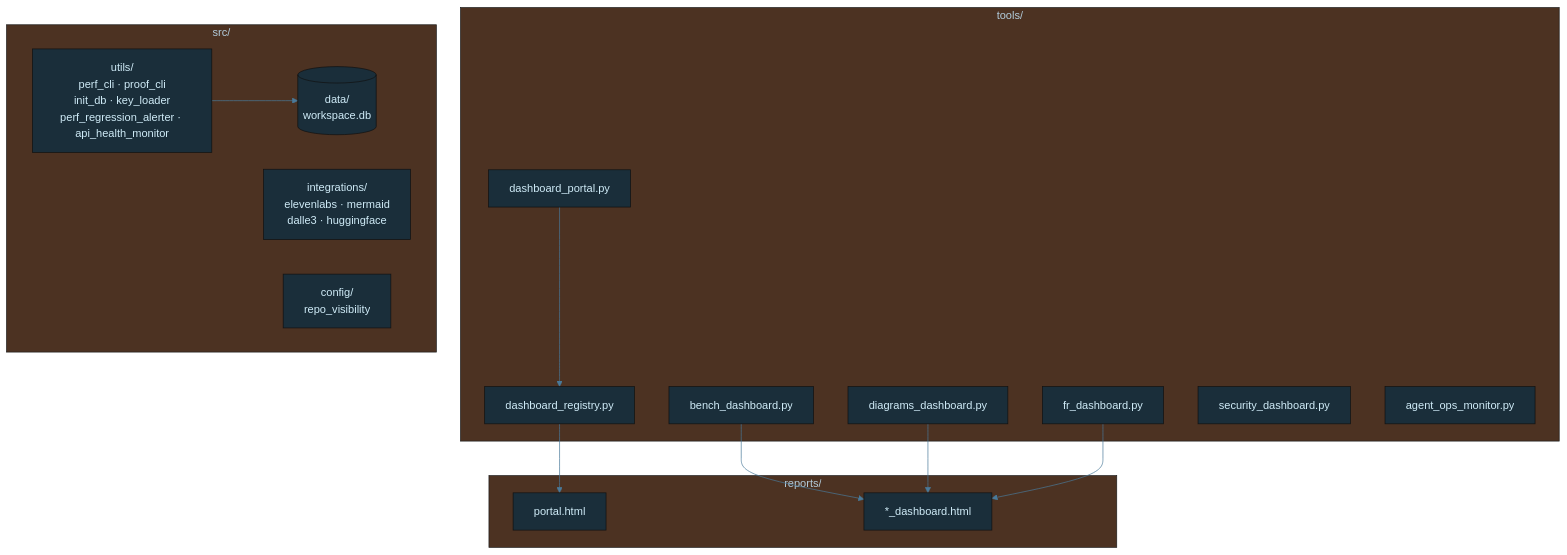
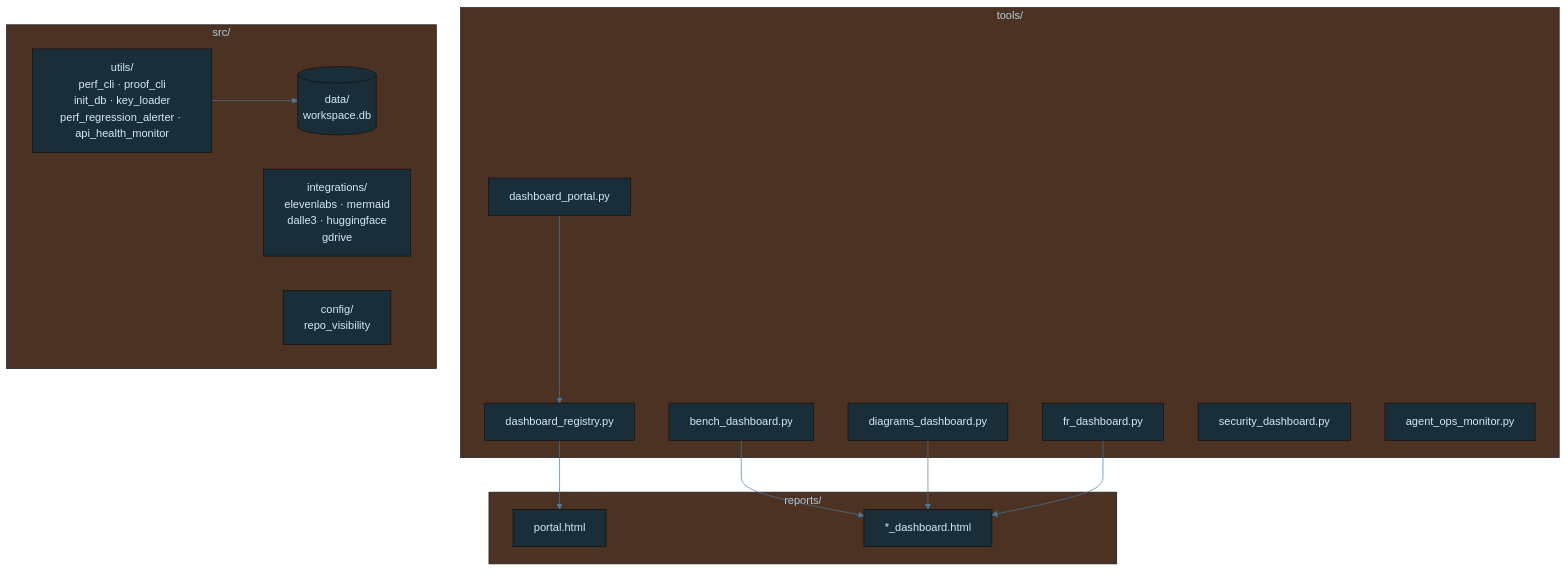
One commit to tylerdrakemusic/-Workspace changed the diagram in diagrams/workspace-architecture-detail.mmd. Above: the diagram before and after it, drawn with Mermaid. The commit also changed 4 other files, not shown here.

Commit message:
docs(FR-20260530-gdrive-integration): update 5 stale architecture diagrams (gdrive integration)

```diff
--- a/diagrams/workspace-architecture-detail.mmd
+++ b/diagrams/workspace-architecture-detail.mmd
@@ -1,40 +1,40 @@
 %%{init: {'theme': 'base', 'themeVariables': {'primaryColor': '#1a2e3a', 'primaryTextColor': '#d0ecf8', 'edgeLabelBackground': '#0f1318', 'lineColor': '#4a7a9a'}}}%%
 graph TB
     subgraph Tools["tools/"]
         Portal[dashboard_portal.py]
         Registry[dashboard_registry.py]
         Bench[bench_dashboard.py]
         Diagrams[diagrams_dashboard.py]
         FR[fr_dashboard.py]
         Sec[security_dashboard.py]
         Ops[agent_ops_monitor.py]
     end
     subgraph Src["src/"]
         Utils[utils/<br/>perf_cli · proof_cli<br/>init_db · key_loader<br/>perf_regression_alerter · api_health_monitor]
-        Integrations[integrations/<br/>elevenlabs · mermaid<br/>dalle3 · huggingface]
+        Integrations[integrations/<br/>elevenlabs · mermaid<br/>dalle3 · huggingface<br/>gdrive]
         Config[config/<br/>repo_visibility]
         Data[(data/<br/>workspace.db)]
     end
     subgraph Reports["reports/"]
         PortalHtml[portal.html]
         Dashes[*_dashboard.html]
     end
     Portal --> Registry
     Registry --> PortalHtml
     Bench --> Dashes
     Diagrams --> Dashes
     FR --> Dashes
     Utils --> Data
     class Tools tool
     class Src src
     class Reports out
 
 classDef life     fill:#1a2e3a,stroke:#6ab4d4,color:#d0ecf8
 classDef music    fill:#3a1a24,stroke:#d47a8f,color:#f8d0dc
 classDef quantum  fill:#251a3a,stroke:#a07adf,color:#e8d0f8
 classDef manifest fill:#3a2e1a,stroke:#d4a96a,color:#f8ead0
 classDef ws       fill:#1a3a30,stroke:#6ad4b4,color:#d0f8ee
 classDef tyler    fill:#2a1a3a,stroke:#9e4aff,color:#fff
 classDef ext      fill:#3a2020,stroke:#ff7a7a,color:#ffd0d0
 classDef db       fill:#3a3010,stroke:#d4c050,color:#f8f0c0
 classDef state    fill:#1a1a1a,stroke:#888888,color:#cccccc
```
